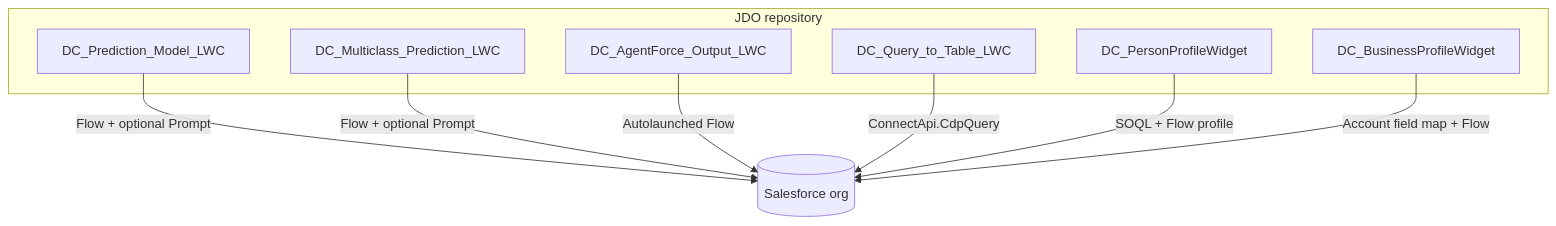
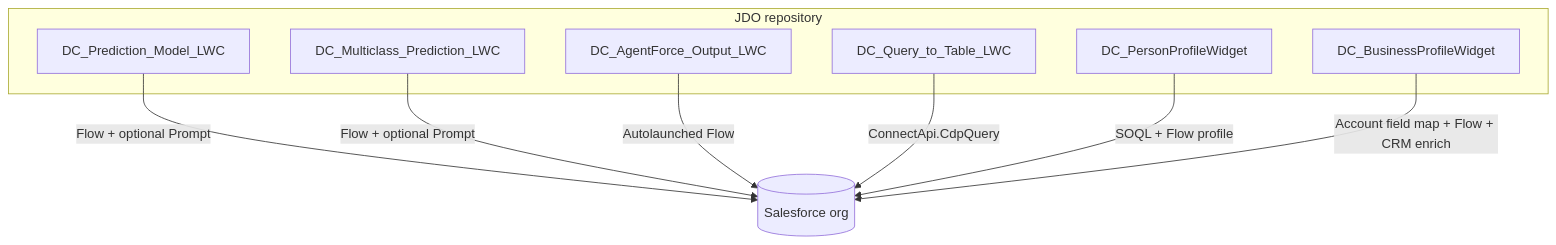
Before and after one commit to josers18/JDO: the diagram in docs/MONOREPO_OVERVIEW.md, drawn with Mermaid. The commit also changed 50 other files, not shown here.

````diff
--- a/docs/MONOREPO_OVERVIEW.md
+++ b/docs/MONOREPO_OVERVIEW.md
@@ -7,17 +7,17 @@
 ```mermaid
 flowchart TB
     subgraph repo [JDO repository]
         P[DC_Prediction_Model_LWC]
         M[DC_Multiclass_Prediction_LWC]
         A[DC_AgentForce_Output_LWC]
         Q[DC_Query_to_Table_LWC]
         C[DC_PersonProfileWidget]
         B[DC_BusinessProfileWidget]
     end
     P --> |Flow + optional Prompt| SF[(Salesforce org)]
     M --> |Flow + optional Prompt| SF
     A --> |Autolaunched Flow| SF
     Q --> |ConnectApi.CdpQuery| SF
     C --> |SOQL + Flow profile| SF
-    B --> |Account field map + Flow| SF
+        B --> |Account field map + Flow + CRM enrich| SF
 ```
````
